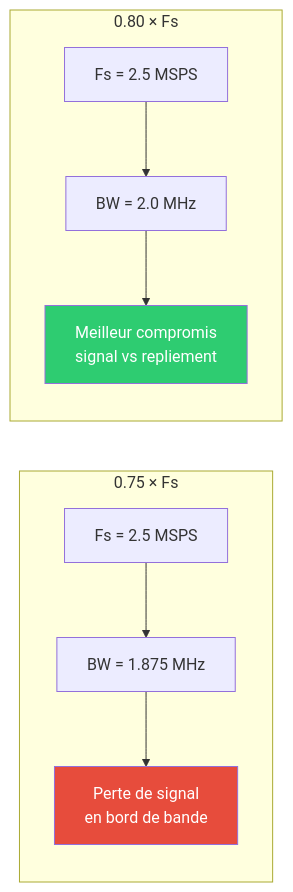
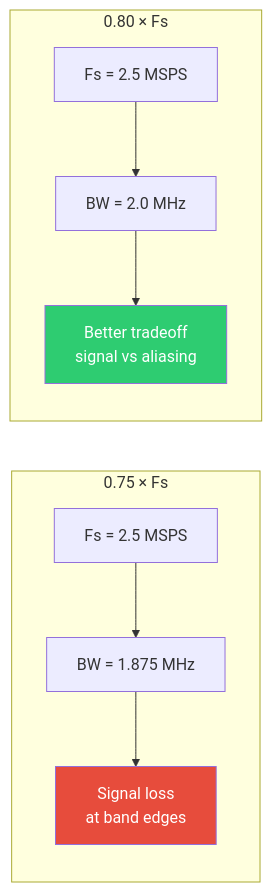
The tenth of 15 diagrams in OPTIMIZATION-F4TNK.md (f4tnk/gr-osmosdr), drawn with Mermaid before and after one commit. The commit also changed other lines of this file, not shown here.

````diff
--- a/OPTIMIZATION-F4TNK.md
+++ b/OPTIMIZATION-F4TNK.md
@@ -228,17 +228,17 @@
 ```mermaid
 flowchart LR
     subgraph AVANT["0.75 × Fs"]
         A1["Fs = 2.5 MSPS"]
         A1 --> A2["BW = 1.875 MHz"]
-        A2 --> A3["Perte de signal<br/>en bord de bande"]
+        A2 --> A3["Signal loss<br/>at band edges"]
     end
 
     subgraph APRES["0.80 × Fs"]
         B1["Fs = 2.5 MSPS"]
         B1 --> B2["BW = 2.0 MHz"]
-        B2 --> B3["Meilleur compromis<br/>signal vs repliement"]
+        B2 --> B3["Better tradeoff<br/>signal vs aliasing"]
     end
 
     style A3 fill:#e74c3c,color:#fff
     style B3 fill:#2ecc71,color:#fff
 ```
````
